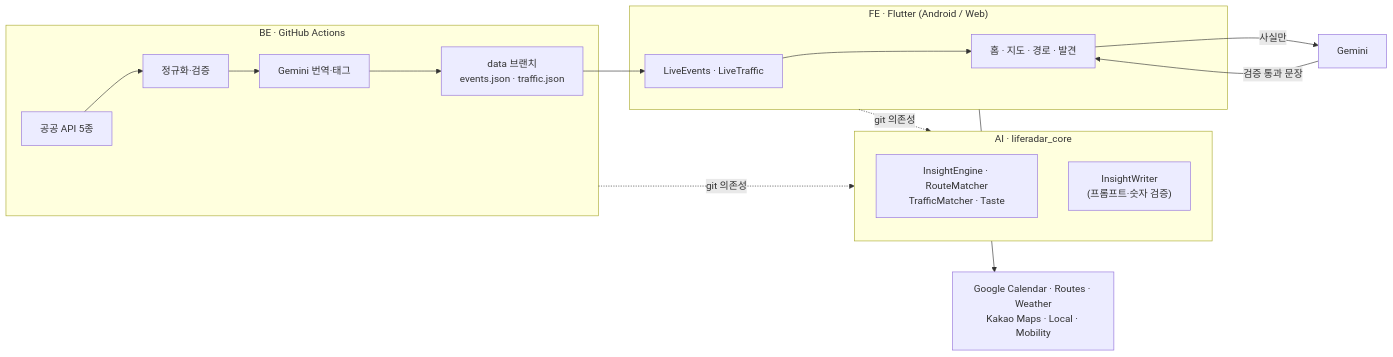
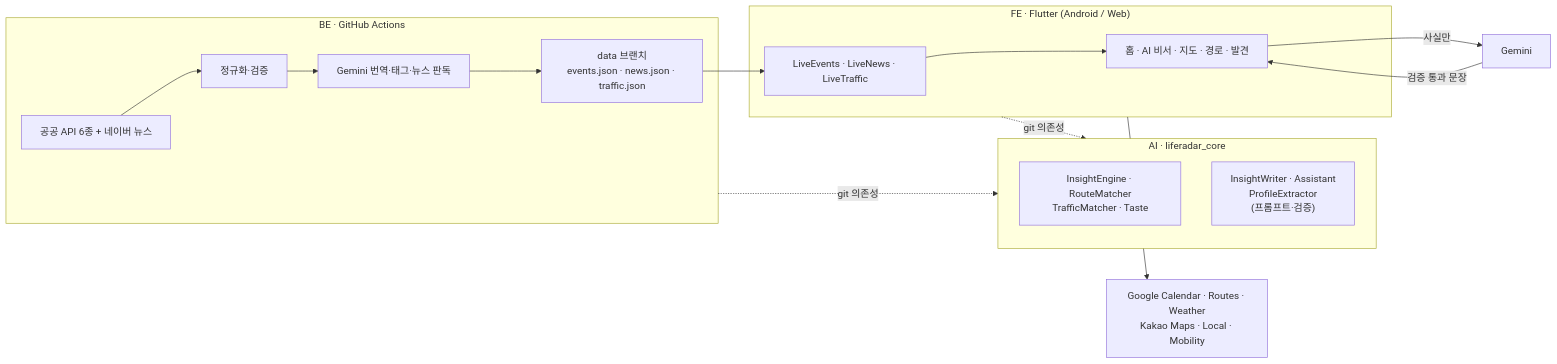
One commit to woowangthon/WOOWANGTHON_TEAM_27_FE changed the diagram in README.md. Above: the diagram before and after it, drawn with Mermaid. The commit also changed other lines of this file and 23 other files, not shown here.

````diff
--- a/README.md
+++ b/README.md
@@ -120,19 +128,19 @@
 ```mermaid
 flowchart LR
   subgraph BE["BE · GitHub Actions"]
-    SRC["공공 API 5종"] --> NORM["정규화·검증"] --> EN["Gemini 번역·태그"]
-    EN --> DATA["data 브랜치<br/>events.json · traffic.json"]
+    SRC["공공 API 6종 + 네이버 뉴스"] --> NORM["정규화·검증"] --> EN["Gemini 번역·태그·뉴스 판독"]
+    EN --> DATA["data 브랜치<br/>events.json · news.json · traffic.json"]
   end
   subgraph AI["AI · liferadar_core"]
     ENG["InsightEngine · RouteMatcher<br/>TrafficMatcher · Taste"]
-    W["InsightWriter<br/>(프롬프트·숫자 검증)"]
+    W["InsightWriter · Assistant<br/>ProfileExtractor<br/>(프롬프트·검증)"]
   end
   subgraph FE["FE · Flutter (Android / Web)"]
-    FEED["LiveEvents · LiveTraffic"] --> CARDS["홈 · 지도 · 경로 · 발견"]
+    FEED["LiveEvents · LiveNews · LiveTraffic"] --> CARDS["홈 · AI 비서 · 지도 · 경로 · 발견"]
   end
   DATA --> FEED
   FE -. git 의존성 .-> AI
   BE -. git 의존성 .-> AI
   CARDS -->|사실만| GEM["Gemini"] -->|검증 통과 문장| CARDS
   FE --> EXT["Google Calendar · Routes · Weather<br/>Kakao Maps · Local · Mobility"]
 ```
````
